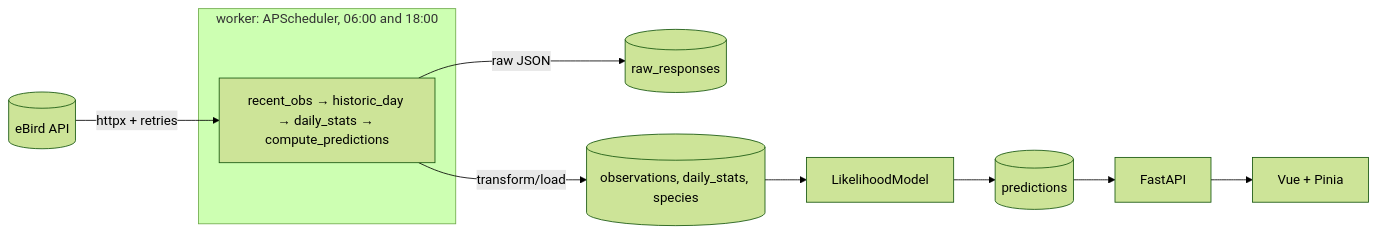
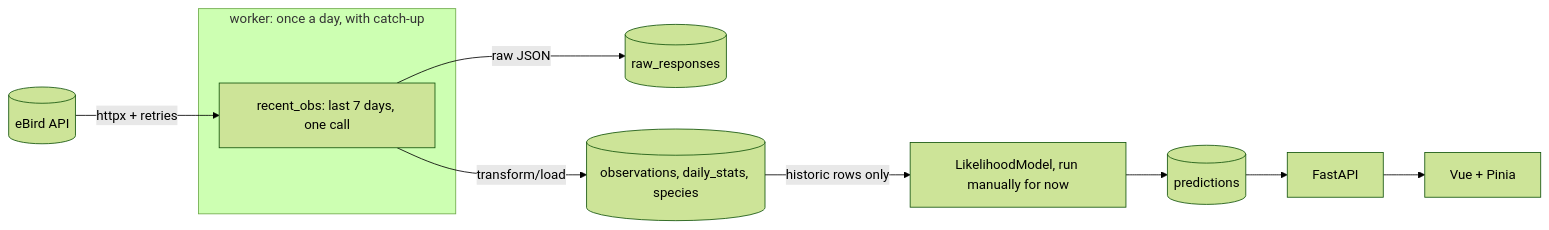
The diagram in README.md (Eleanor-Shellstrop/field-odds), drawn with Mermaid (forest theme) before and after one commit. The commit also changed other lines of this file and 15 other files, not shown here.

First line of the commit message:
Make the eBird pull a single daily call with catch-up

````diff
--- a/README.md
+++ b/README.md
@@ -17,13 +17,13 @@
 ```mermaid
 flowchart LR
     eBird[(eBird API)] -->|httpx + retries| Jobs
-    subgraph worker [worker: APScheduler, 06:00 and 18:00]
-        Jobs[recent_obs → historic_day → daily_stats → compute_predictions]
+    subgraph worker [worker: once a day, with catch-up]
+        Jobs[recent_obs: last 7 days, one call]
     end
     Jobs -->|raw JSON| Raw[(raw_responses)]
     Jobs -->|transform/load| Obs[(observations, daily_stats, species)]
-    Obs --> Model[LikelihoodModel]
+    Obs -->|historic rows only| Model[LikelihoodModel, run manually for now]
     Model --> Pred[(predictions)]
     Pred --> API[FastAPI]
     API --> Web[Vue + Pinia]
 ```
````
